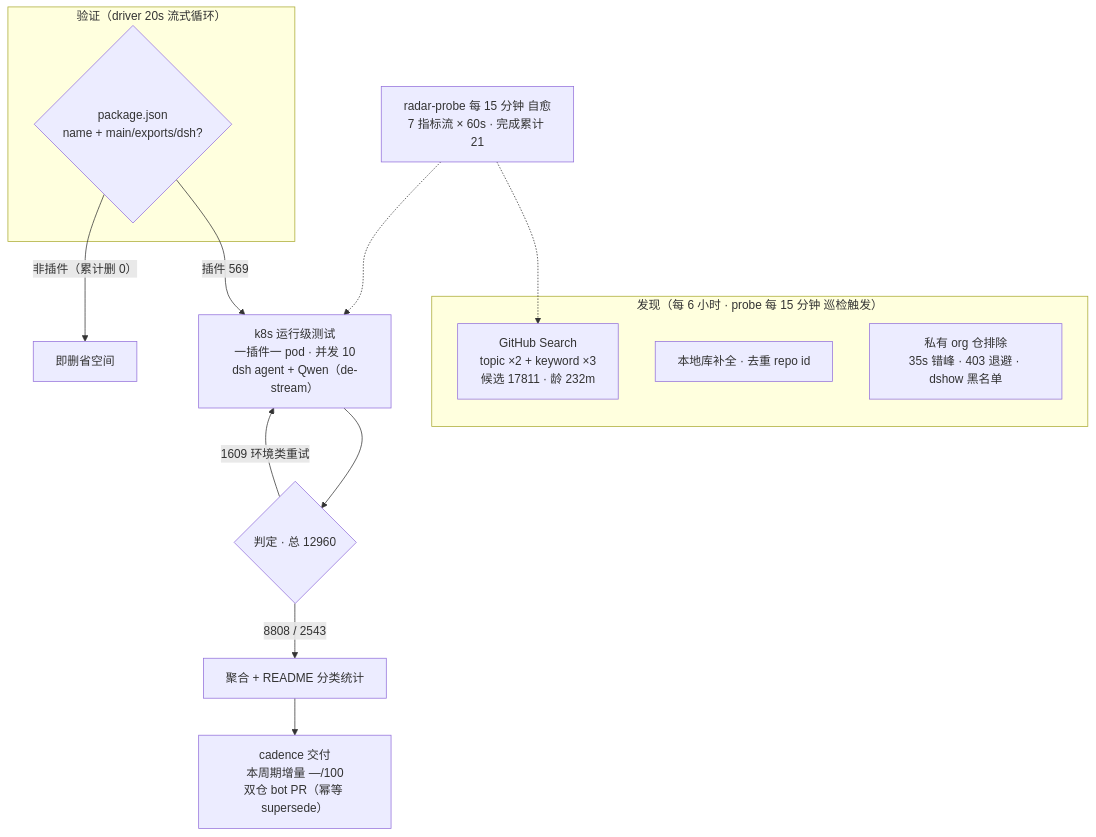
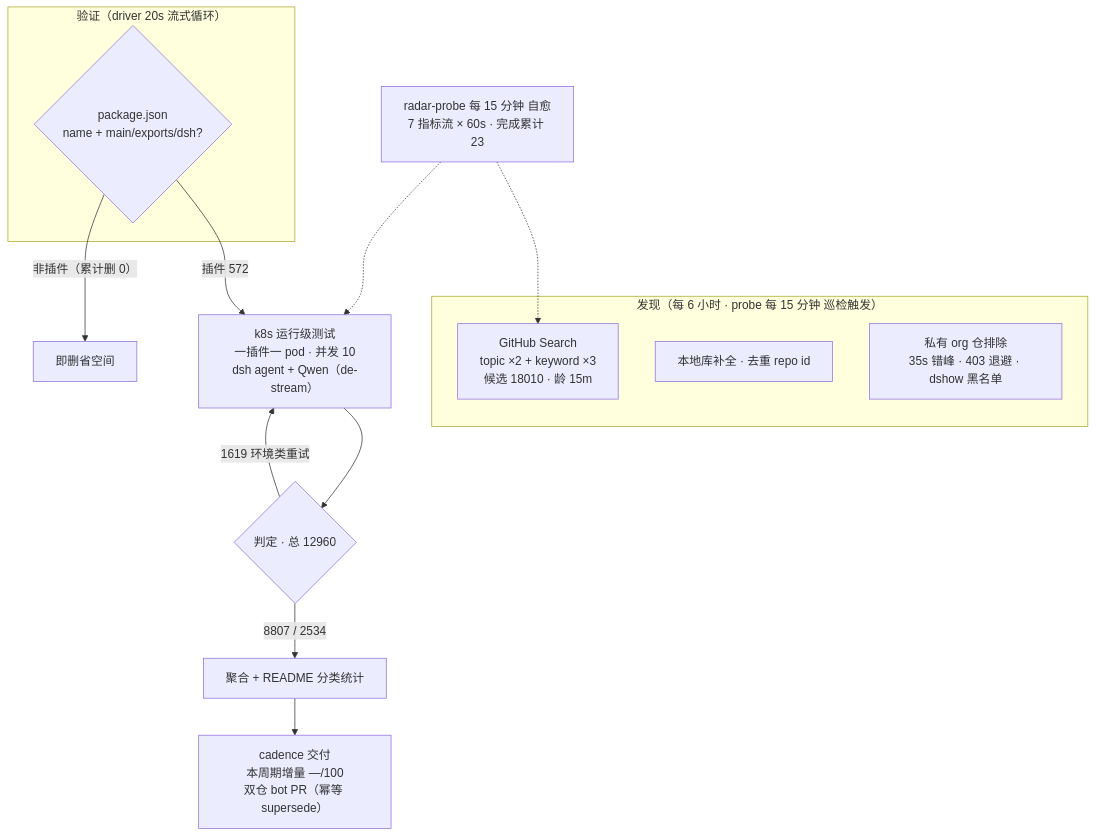
Before and after one commit to AdamPlatin123/awesome-dsh-plugins: the diagram in README.md, drawn with Mermaid. The commit also changed other lines of this file and 5 other files, not shown here.

````diff
--- a/README.md
+++ b/README.md
@@ -52,20 +52,20 @@
 ```mermaid
 flowchart TB
     subgraph Discovery["发现（每 6 小时 · probe 每 15 分钟 巡检触发）"]
-        A1["GitHub Search<br/>topic ×2 + keyword ×3<br/>候选 17811 · 龄 232m"]
+        A1["GitHub Search<br/>topic ×2 + keyword ×3<br/>候选 18010 · 龄 15m"]
         A2["本地库补全 · 去重 repo id"]
         A3["私有 org 仓排除<br/>35s 错峰 · 403 退避 · dshow 黑名单"]
     end
     subgraph Validation["验证（driver 20s 流式循环）"]
         B1{"package.json<br/>name + main/exports/dsh?"}
     end
-    B1 -->|"插件 569"| C1["k8s 运行级测试<br/>一插件一 pod · 并发 10<br/>dsh agent + Qwen（de-stream）"]
+    B1 -->|"插件 572"| C1["k8s 运行级测试<br/>一插件一 pod · 并发 10<br/>dsh agent + Qwen（de-stream）"]
     B1 -->|"非插件（累计删 0）"| B3["即删省空间"]
     C1 --> D1{"判定 · 总 12960"}
-    D1 -->|"8808 / 2543"| E1["聚合 + README 分类统计"]
-    D1 -->|"1609 环境类重试"| C1
+    D1 -->|"8807 / 2534"| E1["聚合 + README 分类统计"]
+    D1 -->|"1619 环境类重试"| C1
     E1 --> E2["cadence 交付<br/>本周期增量 —/100<br/>双仓 bot PR（幂等 supersede）"]
-    M["radar-probe 每 15 分钟 自愈<br/>7 指标流 × 60s · 完成累计 21"]
+    M["radar-probe 每 15 分钟 自愈<br/>7 指标流 × 60s · 完成累计 23"]
     M -.-> A1
     M -.-> C1
 ```
````
